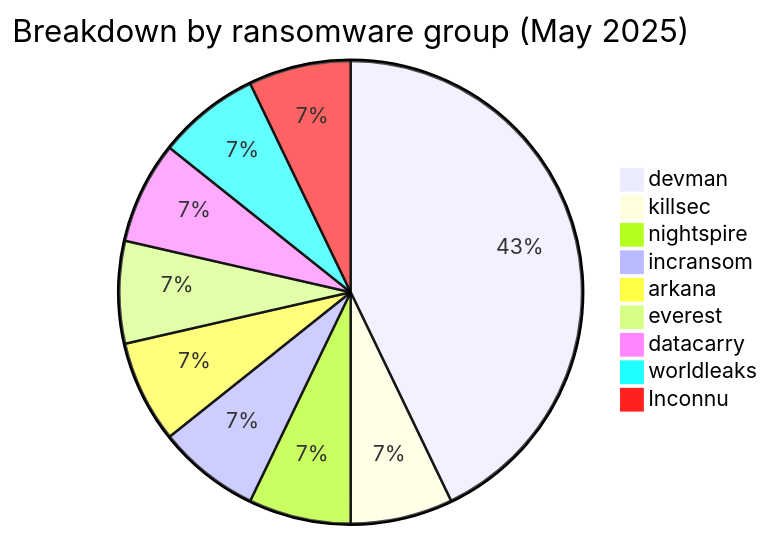
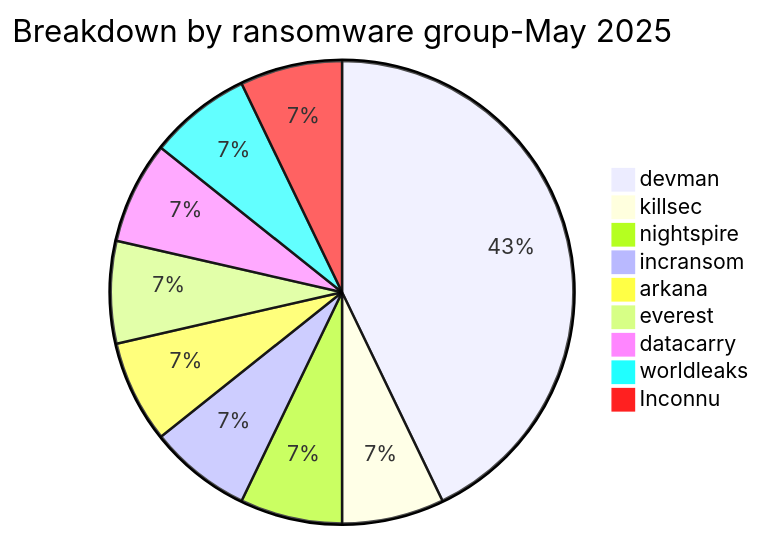
Before and after one commit to Hatchepsoute/AFRINTEL: the first of 4 diagrams in reports/2025/05-may/README.md, drawn with Mermaid.

Commit message:
Rapport CTI : Cyberattaques en Afrique Mai 2025

````diff
--- a/reports/2025/05-may/README.md
+++ b/reports/2025/05-may/README.md
@@ -32,12 +32,12 @@
 ```mermaid
-pie title Breakdown by ransomware group (May 2025)
+pie title Breakdown by ransomware group-May 2025
     "devman" : 6
     "killsec" : 1
     "nightspire" : 1
     "incransom" : 1
     "arkana" : 1
     "everest" : 1
     "datacarry" : 1
     "worldleaks" : 1
     "Inconnu" : 1
 ```
````
